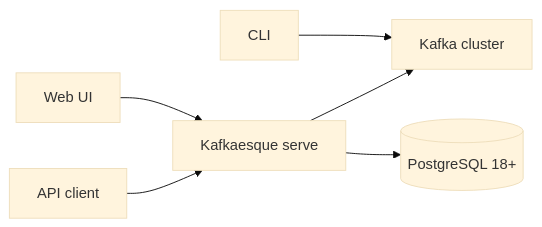
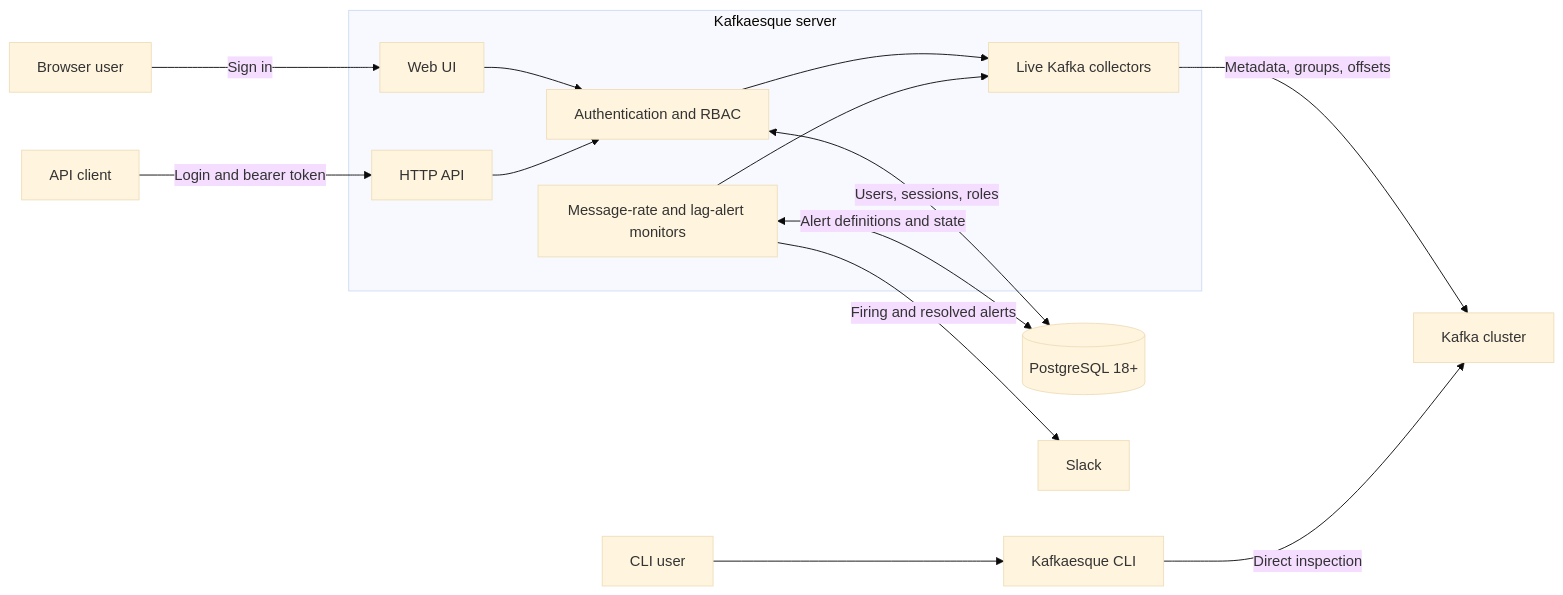
One commit to nikhil25803/kafkaesque changed the diagram in README.md. Above: the diagram before and after it, drawn with Mermaid (base theme). The commit also changed other lines of this file, not shown here.

Commit message:
feat: Update README for improved clarity on Kafkaesque features and usage

````diff
--- a/README.md
+++ b/README.md
@@ -355,8 +42,23 @@
 ```mermaid
 flowchart LR
-    CLI[CLI] --> Kafka[Kafka cluster]
-    Browser[Web UI] --> Server[Kafkaesque serve]
-    Client[API client] --> Server
-    Server --> Kafka
-    Server --> PostgreSQL[(PostgreSQL 18+)]
+    User[Browser user]
+    APIClient[API client]
+    CLI[CLI user] --> CLIClient[Kafkaesque CLI]
+
+    subgraph Process[Kafkaesque server]
+        Web[Web UI]
+        API[HTTP API]
+        Web --> Auth[Authentication and RBAC]
+        API --> Auth
+        Auth --> Collectors[Live Kafka collectors]
+        Monitors[Message-rate and lag-alert monitors] --> Collectors
+    end
+
+    User -->|Sign in| Web
+    APIClient -->|Login and bearer token| API
+    Auth <-->|Users, sessions, roles| PostgreSQL[(PostgreSQL 18+)]
+    Monitors <-->|Alert definitions and state| PostgreSQL
+    Collectors -->|Metadata, groups, offsets| Kafka[Kafka cluster]
+    CLIClient -->|Direct inspection| Kafka
+    Monitors -->|Firing and resolved alerts| Slack[Slack]
 ```
````
